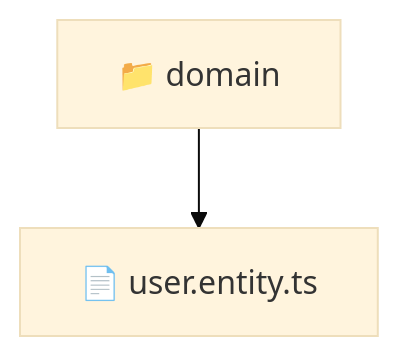
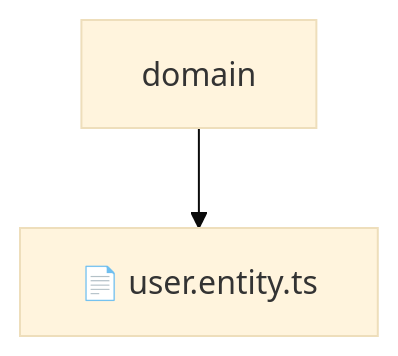
Before and after one commit to beginwebdev2002/fullstack-mavluda: the diagram in backend/src/modules/user/domain/README.md, drawn with Mermaid (base theme). The commit also changed other lines of this file and 155 other files, not shown here.

````diff
--- a/backend/src/modules/user/domain/README.md
+++ b/backend/src/modules/user/domain/README.md
@@ -10,5 +14,5 @@
 ```mermaid
 graph TD
-  Root["📁 domain"]
-  Root --> userentityts["📄 user.entity.ts"]
+    Root[domain]
+    Root --> F0[📄 user.entity.ts]
 ```
````
